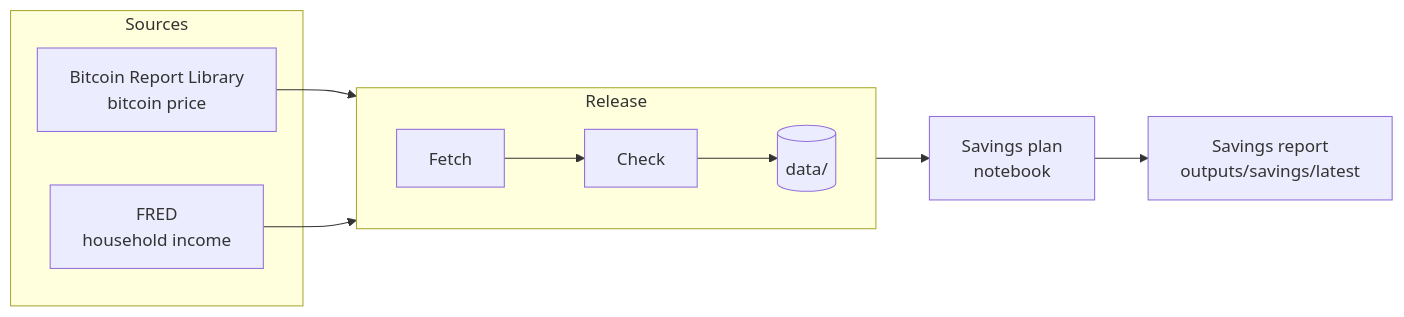
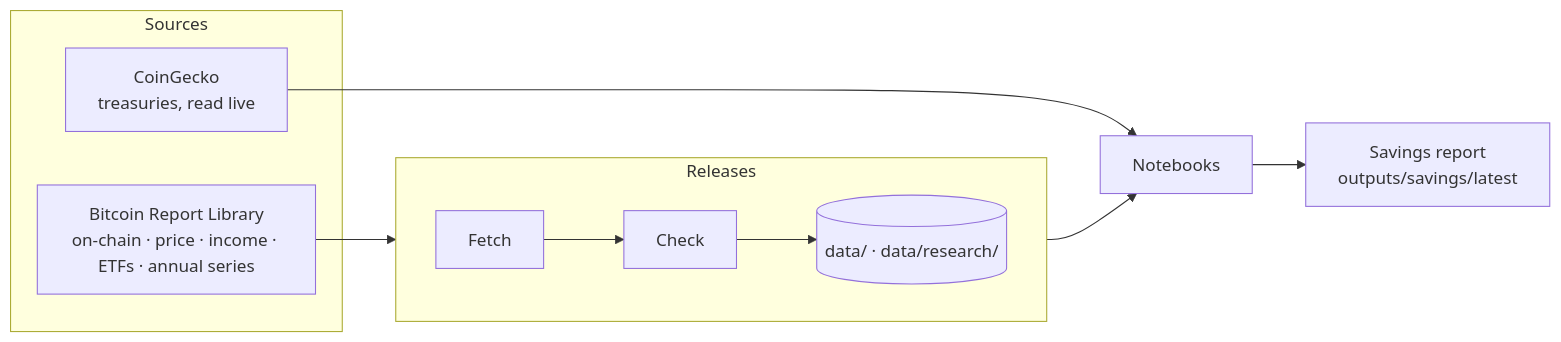
The diagram in README.md (SecretSatoshis/Bitcoin-Investment-Strategy), drawn with Mermaid before and after one commit. The commit also changed other lines of this file and 55 other files, not shown here.

First line of the commit message:
Publish the supply and demand notebooks; read all data from the Report Library

````diff
--- a/README.md
+++ b/README.md
@@ -25,18 +38,19 @@
 ```mermaid
 flowchart LR
     subgraph Sources
-        RL["Bitcoin Report Library<br/>bitcoin price"]
-        FRED["FRED<br/>household income"]
+        RL["Bitcoin Report Library<br/>on-chain · price · income · ETFs · annual series"]
+        CG["CoinGecko<br/>treasuries, read live"]
     end
 
-    subgraph Release
+    subgraph Releases
         direction LR
-        U["Fetch"] --> V["Check"] --> D[("data/")]
+        U["Fetch"] --> V["Check"] --> D[("data/ · data/research/")]
     end
 
-    N["Savings plan<br/>notebook"]
+    N["Notebooks"]
     S["Savings report<br/>outputs/savings/latest"]
 
-    RL & FRED --> U
+    RL --> U
     D --> N --> S
+    CG --> N
 ```
````
